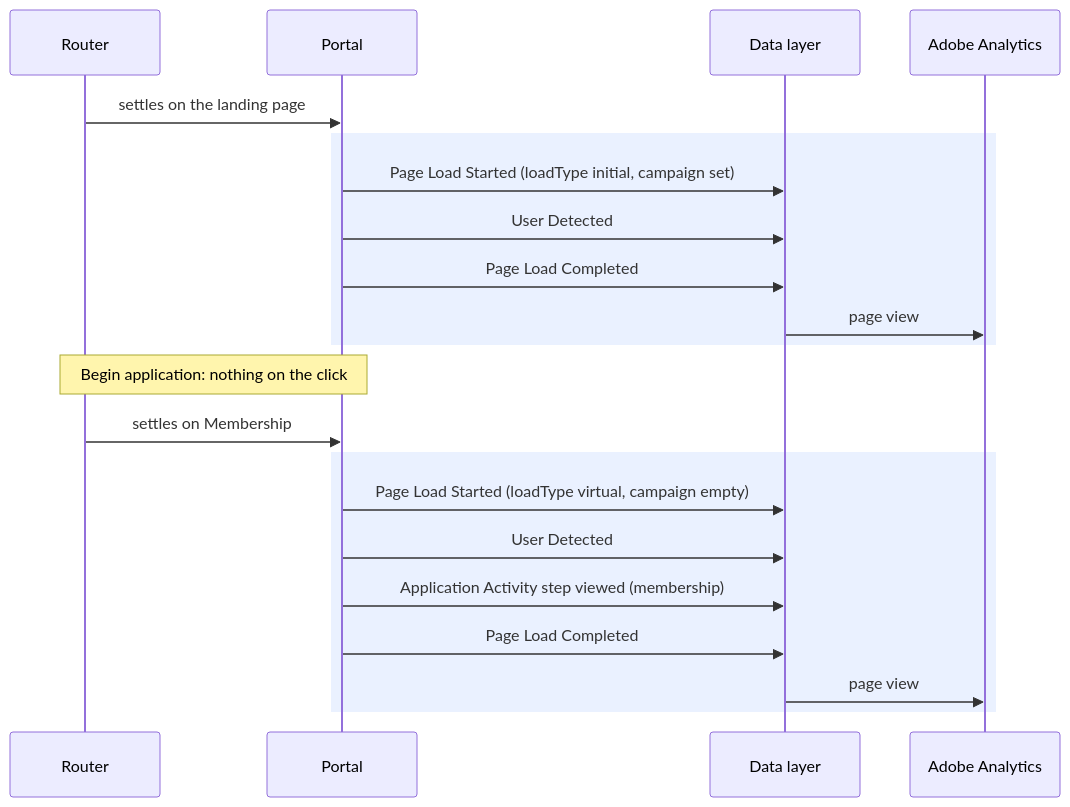
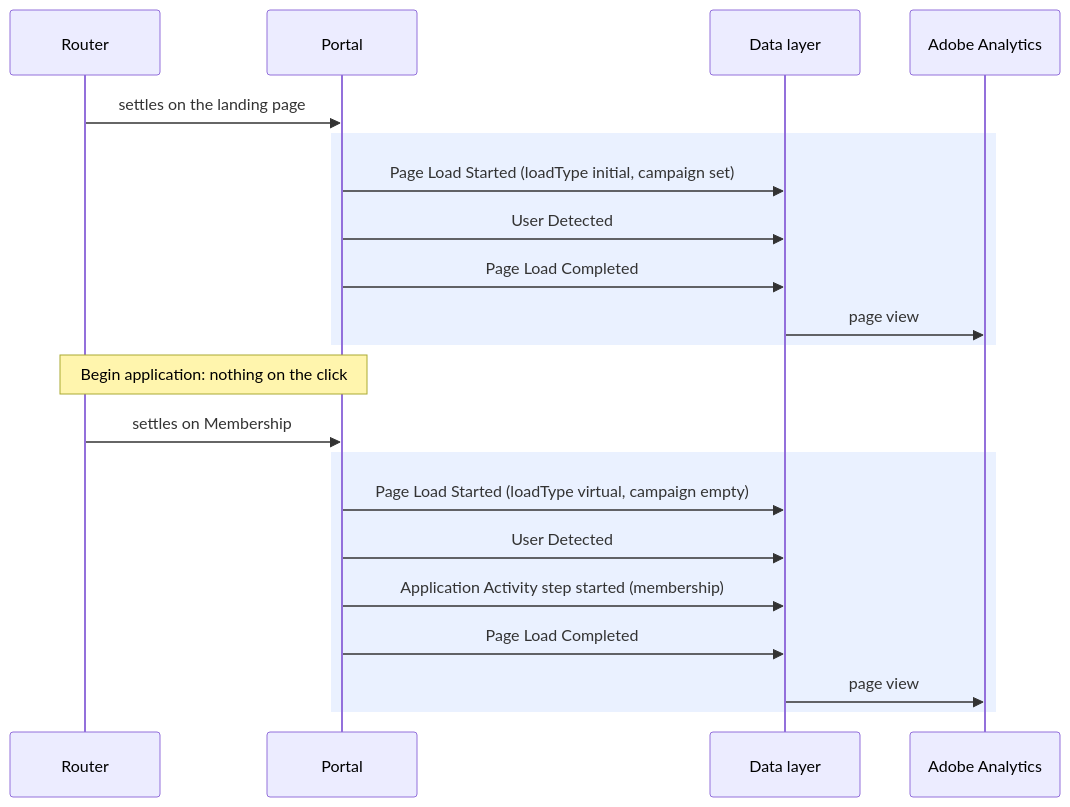
The diagram in events/page-load-started.md (further-external/client-nyl-gmad-dl-spec), drawn with Mermaid before and after one commit. The commit also changed other lines of this file and 13 other files, not shown here.

````diff
--- a/events/page-load-started.md
+++ b/events/page-load-started.md
@@ -31,23 +31,23 @@
 ```mermaid
 sequenceDiagram
   participant R as Router
   participant UI as Portal
   participant DL as Data layer
   participant AA as Adobe Analytics
   R->>UI: settles on the landing page
   rect rgba(80,140,255,0.12)
     UI->>DL: Page Load Started (loadType initial, campaign set)
     UI->>DL: User Detected
     UI->>DL: Page Load Completed
     DL->>AA: page view
   end
   Note over R,UI: Begin application: nothing on the click
   R->>UI: settles on Membership
   rect rgba(80,140,255,0.12)
     UI->>DL: Page Load Started (loadType virtual, campaign empty)
     UI->>DL: User Detected
-    UI->>DL: Application Activity step viewed (membership)
+    UI->>DL: Application Activity step started (membership)
     UI->>DL: Page Load Completed
     DL->>AA: page view
   end
 ```
````
